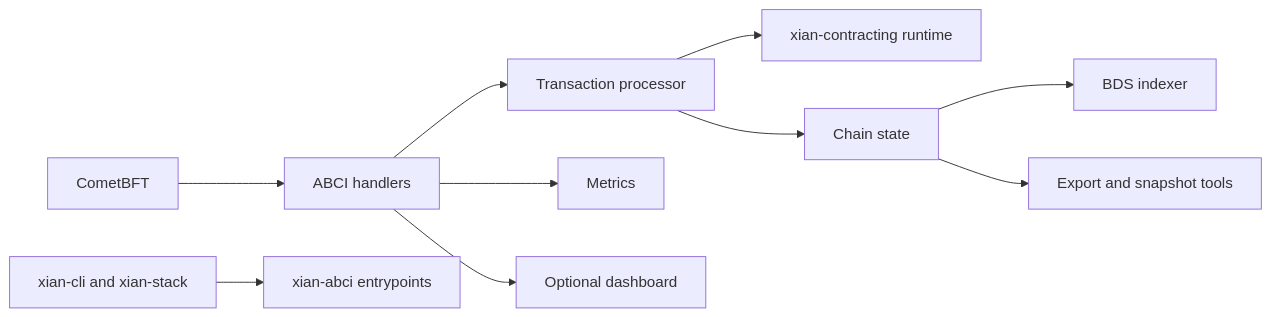
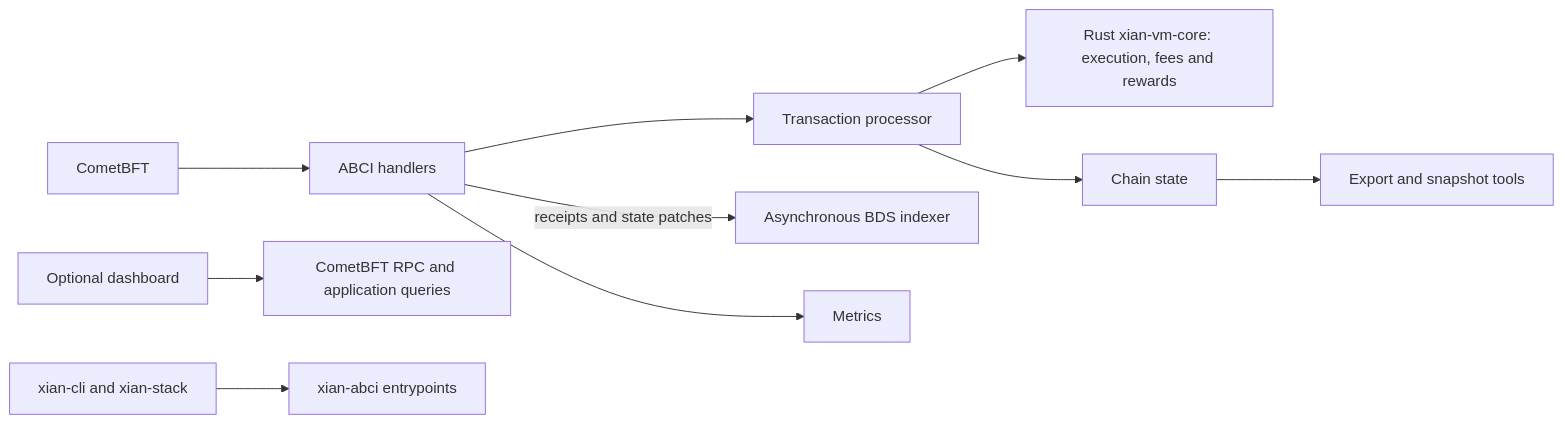
One commit to xian-technology/xian-abci changed the diagram in README.md. Above: the diagram before and after it, drawn with Mermaid. The commit also changed other lines of this file and 4 other files, not shown here.

First line of the commit message:
docs: align runtime diagrams and node tooling references

````diff
--- a/README.md
+++ b/README.md
@@ -15,12 +15,12 @@
 ```mermaid
 flowchart LR
   CometBFT["CometBFT"] --> ABCI["ABCI handlers"]
   ABCI --> Executor["Transaction processor"]
-  Executor --> Contracting["xian-contracting runtime"]
+  Executor --> VM["Rust xian-vm-core: execution, fees and rewards"]
   Executor --> State["Chain state"]
-  State --> BDS["BDS indexer"]
+  ABCI -->|receipts and state patches| BDS["Asynchronous BDS indexer"]
   State --> Snapshots["Export and snapshot tools"]
   ABCI --> Metrics["Metrics"]
-  ABCI --> Dashboard["Optional dashboard"]
+  Dashboard["Optional dashboard"] --> RPC["CometBFT RPC and application queries"]
   CLI["xian-cli and xian-stack"] --> Entrypoints["xian-abci entrypoints"]
 ```
````
